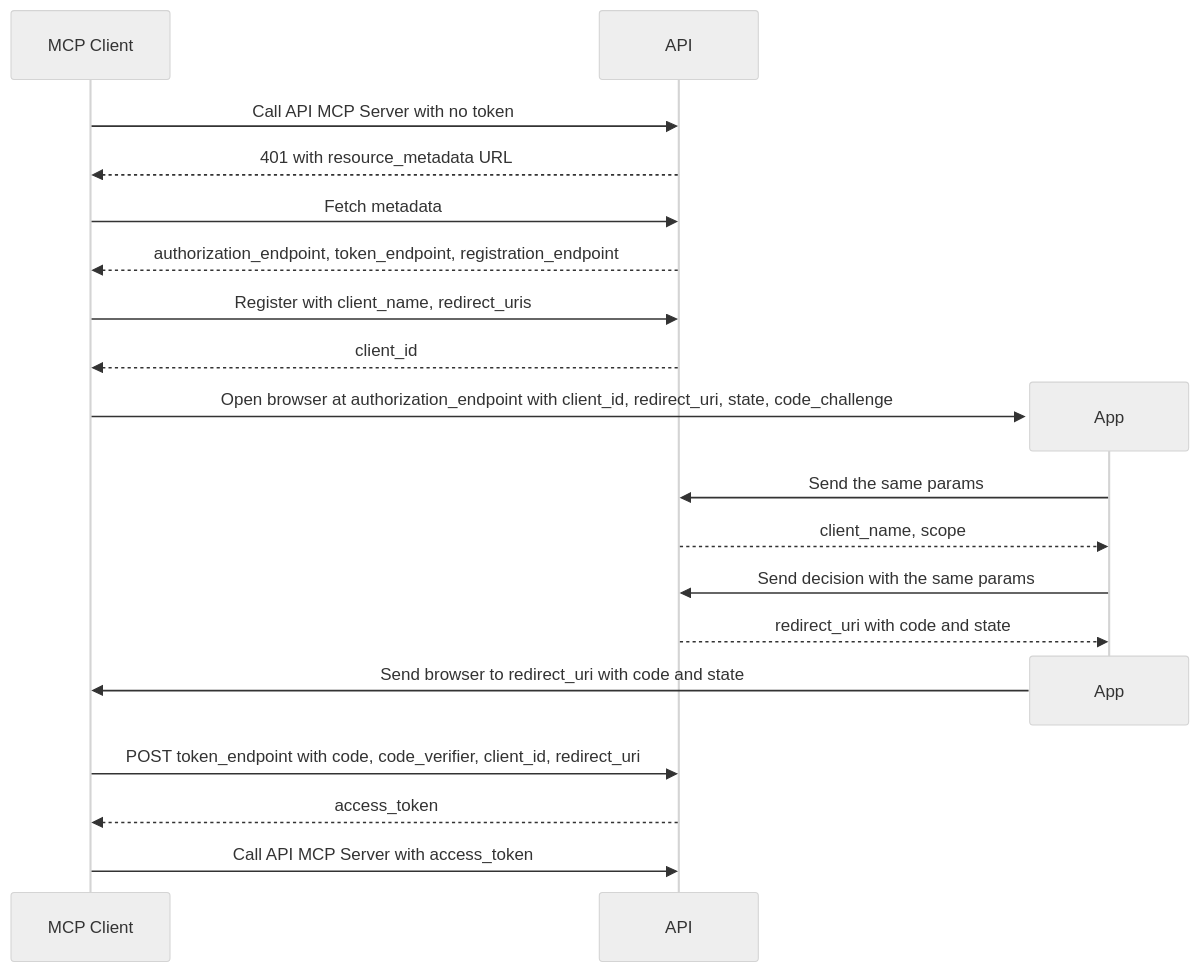
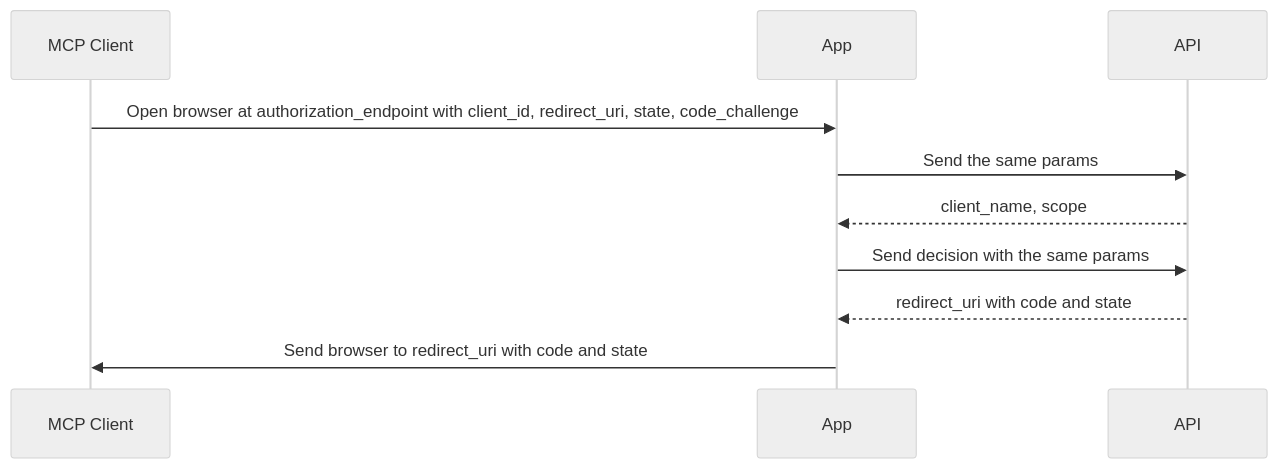
One commit to websanova/starter-flows changed the second of 3 diagrams in public/specs/flows/auth/McpLogin.md. Above: the diagram before and after it, drawn with Mermaid (neutral theme). The commit also changed other lines of this file, not shown here.

Commit message:
Clean up mcp login flow.

````diff
--- a/public/specs/flows/auth/McpLogin.md
+++ b/public/specs/flows/auth/McpLogin.md
@@ -69,22 +74,12 @@
 ```mermaid
 sequenceDiagram
     participant C as MCP Client
+    participant A as App
     participant P as API
-    C->>P: Call API MCP Server with no token
-    P-->>C: 401 with resource_metadata URL
-    C->>P: Fetch metadata
-    P-->>C: authorization_endpoint, token_endpoint, registration_endpoint
-    C->>P: Register with client_name, redirect_uris
-    P-->>C: client_id
-    create participant A as App
     C->>A: Open browser at authorization_endpoint with client_id, redirect_uri, state, code_challenge
     A->>P: Send the same params
     P-->>A: client_name, scope
     A->>P: Send decision with the same params
     P-->>A: redirect_uri with code and state
-    destroy A
     A->>C: Send browser to redirect_uri with code and state
-    C->>P: POST token_endpoint with code, code_verifier, client_id, redirect_uri
-    P-->>C: access_token
-    C->>P: Call API MCP Server with access_token
 ```
````
